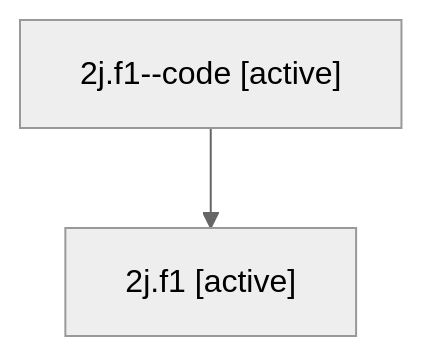
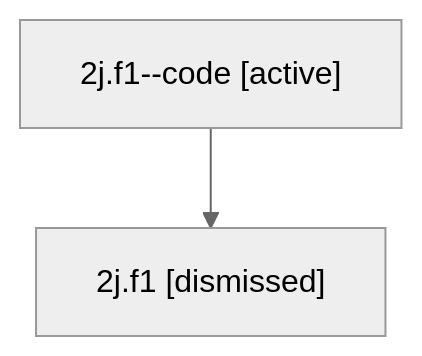
The diagram in sessions/bbugyi200.athena.2j.f1.md (sase-org/sase--agents), drawn with Mermaid (neutral theme) before and after one commit. The commit also changed other lines of this file and 16 other files, not shown here.

````diff
--- a/sessions/bbugyi200.athena.2j.f1.md
+++ b/sessions/bbugyi200.athena.2j.f1.md
@@ -9,6 +9,6 @@
 ```mermaid
 flowchart TD
   n0["2j.f1--code [active]"]
-  n1["2j.f1 [active]"]
+  n1["2j.f1 [dismissed]"]
   n0 --> n1
 ```
````
